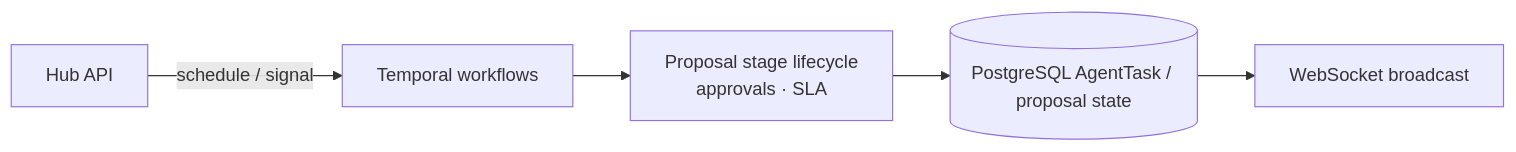
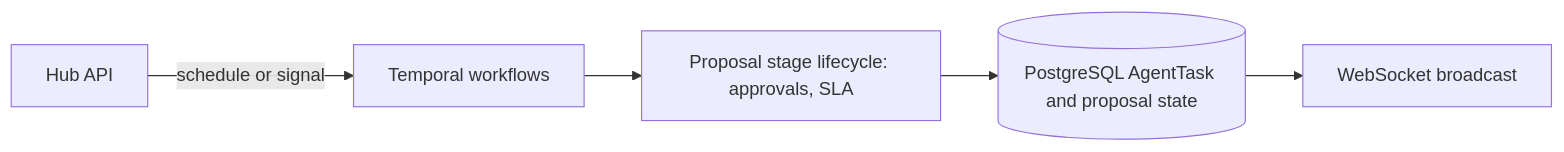
Before and after one commit to sanjayrkshetty/presales-hub: the third of 3 diagrams in docs/architecture/ai-pipeline.md, drawn with Mermaid. The commit also changed other lines of this file and 2 other files, not shown here.

First line of the commit message:
fix(docs): make architecture Mermaid GitHub-safe

````diff
--- a/docs/architecture/ai-pipeline.md
+++ b/docs/architecture/ai-pipeline.md
@@ -70,7 +70,7 @@
 ```mermaid
 flowchart LR
-    API[Hub API] -->|schedule / signal| TW[Temporal workflows]
-    TW --> Life[Proposal stage lifecycle\napprovals · SLA]
-    Life --> DB[(PostgreSQL AgentTask / proposal state)]
+    API[Hub API] -->|schedule or signal| TW[Temporal workflows]
+    TW --> Life["Proposal stage lifecycle: approvals, SLA"]
+    Life --> DB[("PostgreSQL AgentTask and proposal state")]
     DB --> WS[WebSocket broadcast]
 ```
````
